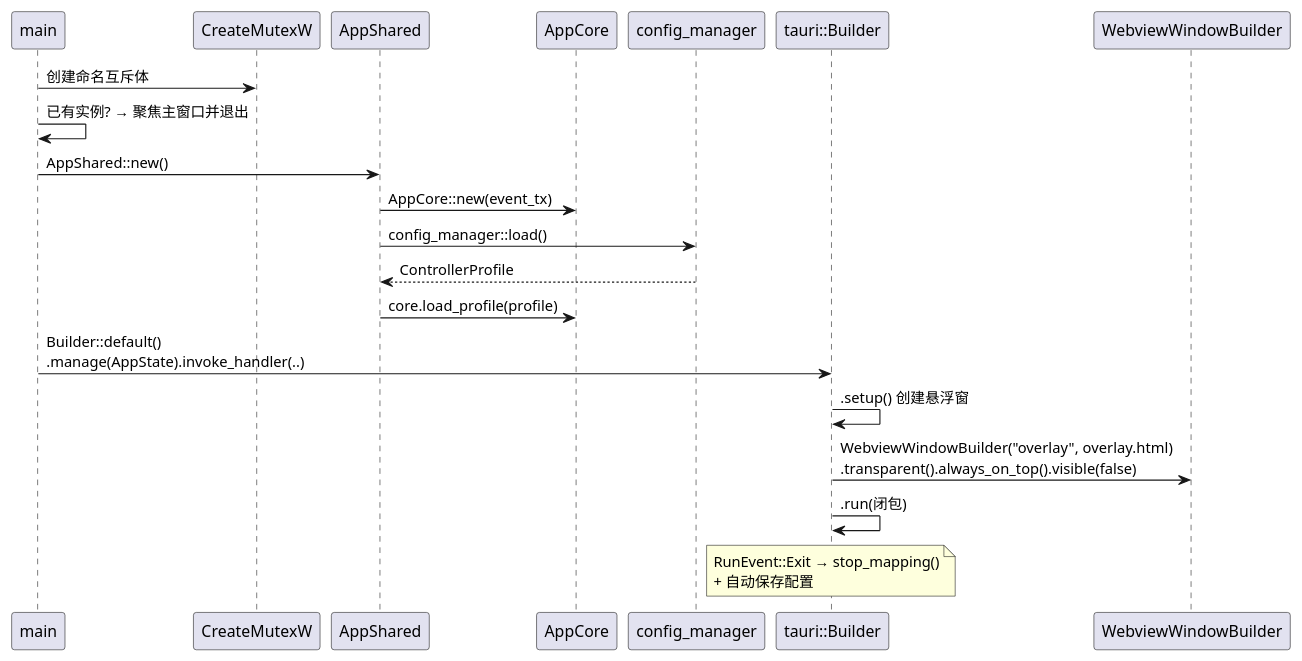
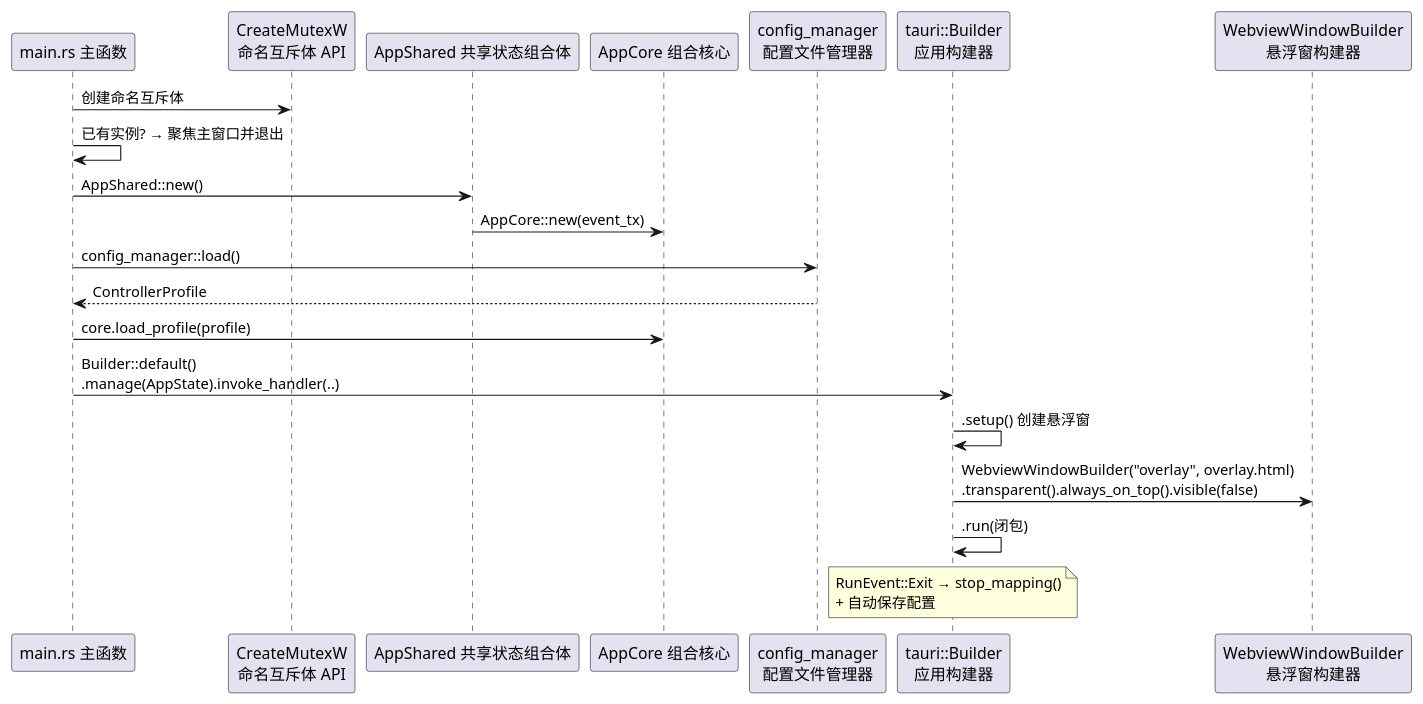
The ninth of 12 diagrams in GamepadControlerRustTauri/Tauri.md (fwar34/GamepadControlerQt), drawn with PlantUML before and after one commit. The commit also changed other lines of this file, not shown here.

First line of the commit message:
docs: 更新Tauri架构文档中的UML图

````diff
--- a/GamepadControlerRustTauri/Tauri.md
+++ b/GamepadControlerRustTauri/Tauri.md
@@ -438,24 +438,24 @@
 ```plantuml
 @startuml
-participant main as M
-participant "CreateMutexW" as MUTEX
-participant AppShared as S
-participant AppCore as C
-participant config_manager as CFG
-participant "tauri::Builder" as B
-participant WebviewWindowBuilder as WB
+participant "main.rs 主函数" as MainFn
+participant "CreateMutexW\n命名互斥体 API" as NamedMutex
+participant "AppShared 共享状态组合体" as AppShared
+participant "AppCore 组合核心" as AppCore
+participant "config_manager\n配置文件管理器" as ConfigManager
+participant "tauri::Builder\n应用构建器" as TauriBuilder
+participant "WebviewWindowBuilder\n悬浮窗构建器" as OverlayWindowBuilder
 
-M -> MUTEX : 创建命名互斥体
-M -> M : 已有实例? → 聚焦主窗口并退出
-M -> S : AppShared::new()
-S -> C : AppCore::new(event_tx)
-S -> CFG : config_manager::load()
-CFG --> S : ControllerProfile
-S -> C : core.load_profile(profile)
-M -> B : Builder::default()\n.manage(AppState).invoke_handler(..)
-B -> B : .setup() 创建悬浮窗
-B -> WB : WebviewWindowBuilder("overlay", overlay.html)\n.transparent().always_on_top().visible(false)
-B -> B : .run(闭包)
-note over B : RunEvent::Exit → stop_mapping()\n+ 自动保存配置
+MainFn -> NamedMutex : 创建命名互斥体
+MainFn -> MainFn : 已有实例? → 聚焦主窗口并退出
+MainFn -> AppShared : AppShared::new()
+AppShared -> AppCore : AppCore::new(event_tx)
+MainFn -> ConfigManager : config_manager::load()
+ConfigManager --> MainFn : ControllerProfile
+MainFn -> AppCore : core.load_profile(profile)
+MainFn -> TauriBuilder : Builder::default()\n.manage(AppState).invoke_handler(..)
+TauriBuilder -> TauriBuilder : .setup() 创建悬浮窗
+TauriBuilder -> OverlayWindowBuilder : WebviewWindowBuilder("overlay", overlay.html)\n.transparent().always_on_top().visible(false)
+TauriBuilder -> TauriBuilder : .run(闭包)
+note over TauriBuilder : RunEvent::Exit → stop_mapping()\n+ 自动保存配置
 @enduml
 ```
````
